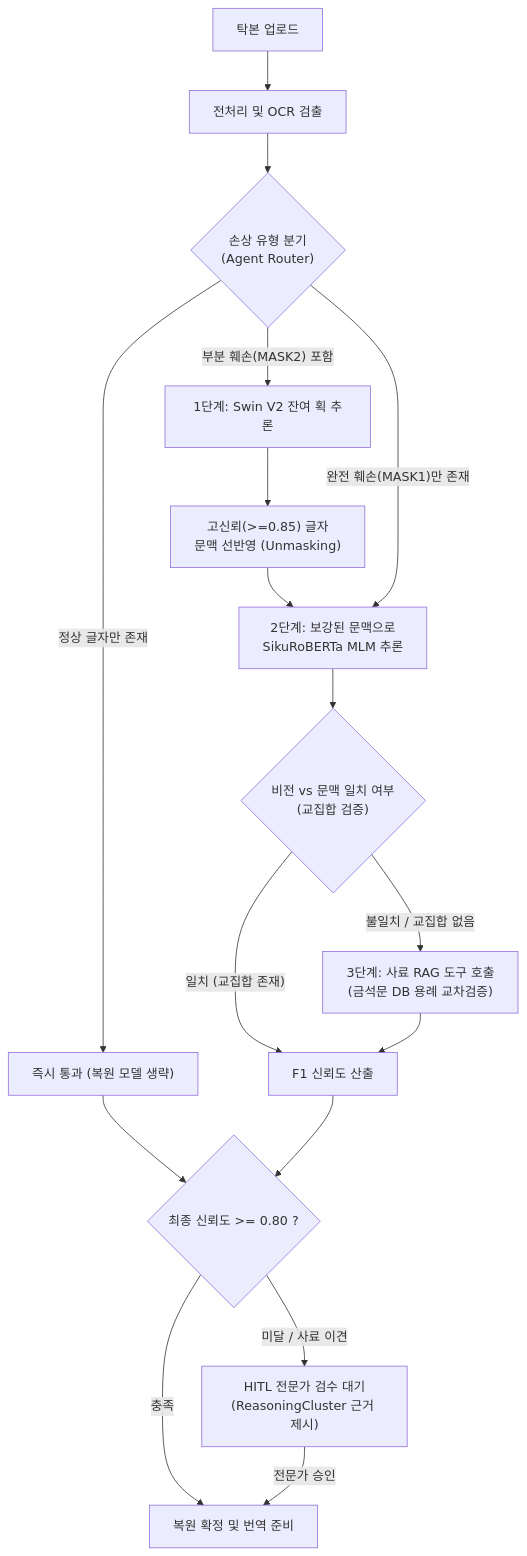
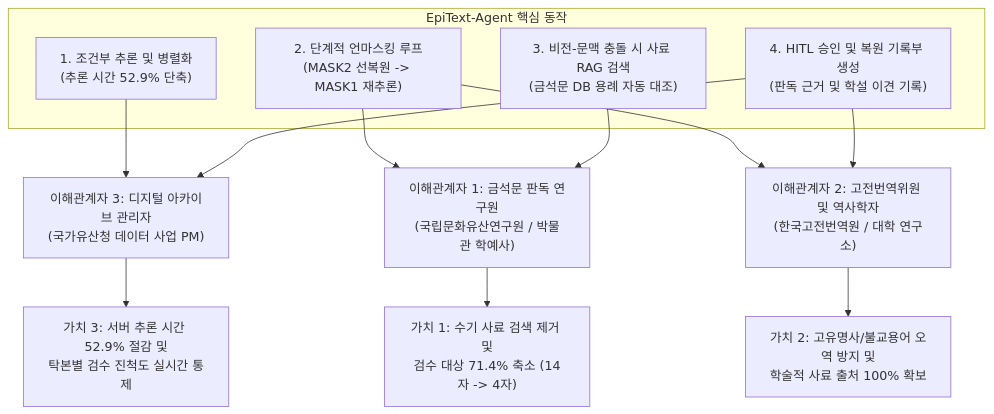
The diagram in README.md (rntqkdl/epitext-ai-agent), drawn with Mermaid before and after one commit. The commit also changed other lines of this file and 14 other files, not shown here.

Commit message:
feat: implement LangGraph EpiText-Agent core, historical RAG arbitration, HITL review UI, and benchmark

````diff
--- a/README.md
+++ b/README.md
@@ -64,25 +28,22 @@
 ```mermaid
 flowchart TD
-    Upload["탁본 업로드"] --> PreOCR["전처리 및 OCR 검출"]
-    PreOCR --> Triage{"손상 유형 분기\n(Agent Router)"}
+    subgraph Engine["EpiText-Agent 핵심 동작"]
+        T1["1. 조건부 추론 및 병렬화\n(추론 시간 52.9% 단축)"]
+        T2["2. 단계적 언마스킹 루프\n(MASK2 선복원 -> MASK1 재추론)"]
+        T3["3. 비전-문맥 충돌 시 사료 RAG 검색\n(금석문 DB 용례 자동 대조)"]
+        T4["4. HITL 승인 및 복원 기록부 생성\n(판독 근거 및 학설 이견 기록)"]
+    end
 
-    Triage -->|"정상 글자만 존재"| FastPass["즉시 통과 (복원 모델 생략)"]
-    Triage -->|"부분 훼손(MASK2) 포함"| Step1_Swin["1단계: Swin V2 잔여 획 추론"]
+    T2 --> S1["이해관계자 1: 금석문 판독 연구원\n(국립문화유산연구원 / 박물관 학예사)"]
+    T3 --> S1
     
-    Step1_Swin --> UnmaskCheck["고신뢰(>=0.85) 글자\n문맥 선반영 (Unmasking)"]
-    UnmaskCheck --> Step2_MLM["2단계: 보강된 문맥으로\nSikuRoBERTa MLM 추론"]
-    Triage -->|"완전 훼손(MASK1)만 존재"| Step2_MLM
+    T2 --> S2["이해관계자 2: 고전번역위원 및 역사학자\n(한국고전번역원 / 대학 연구소)"]
+    T4 --> S2
+    
+    T1 --> S3["이해관계자 3: 디지털 아카이브 관리자\n(국가유산청 데이터 사업 PM)"]
+    T4 --> S3
 
-    Step2_MLM --> ConflictGate{"비전 vs 문맥 일치 여부\n(교집합 검증)"}
-    
-    ConflictGate -->|"일치 (교집합 존재)"| F1Score["F1 신뢰도 산출"]
-    ConflictGate -->|"불일치 / 교집합 없음"| RAGTool["3단계: 사료 RAG 도구 호출\n(금석문 DB 용례 교차검증)"]
-    
-    RAGTool --> F1Score
-    FastPass --> FinalGate{"최종 신뢰도 >= 0.80 ?"}
-    F1Score --> FinalGate
-
-    FinalGate -->|"충족"| AutoSave["복원 확정 및 번역 준비"]
-    FinalGate -->|"미달 / 사료 이견"| HITLNode["HITL 전문가 검수 대기\n(ReasoningCluster 근거 제시)"]
-    HITLNode -->|"전문가 승인"| AutoSave
+    S1 --> V1["가치 1: 수기 사료 검색 제거 및\n검수 대상 71.4% 축소 (14자 -> 4자)"]
+    S2 --> V2["가치 2: 고유명사/불교용어 오역 방지 및\n학술적 사료 출처 100% 확보"]
+    S3 --> V3["가치 3: 서버 추론 시간 52.9% 절감 및\n탁본별 검수 진척도 실시간 통제"]
 ```
````
